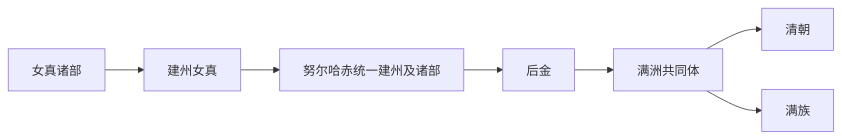
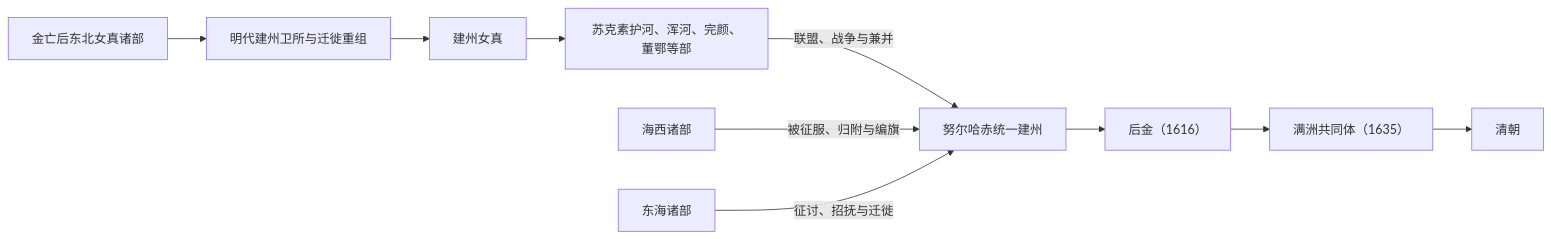
Before and after one commit to tianlan-dev/learning-notes: the diagram in 人文科学/历史/东亚/中国/_民族/通古斯语族与肃慎/女真诸部/建州女真.md, drawn with Mermaid. The commit also changed other lines of this file and 180 other files, not shown here.

````diff
--- a/人文科学/历史/东亚/中国/_民族/通古斯语族与肃慎/女真诸部/建州女真.md
+++ b/人文科学/历史/东亚/中国/_民族/通古斯语族与肃慎/女真诸部/建州女真.md
@@ -34,9 +17,12 @@
 ```mermaid
 flowchart LR
-  Jurchen["女真诸部"] --> Jianzhou["建州女真"]
-  Jianzhou --> Nurhaci["努尔哈赤统一建州及诸部"]
-  Nurhaci --> LaterJin["后金"]
-  LaterJin --> Manzhou["满洲共同体"]
+  Jurchen["金亡后东北女真诸部"] --> MingGuards["明代建州卫所与迁徙重组"]
+  MingGuards --> Jianzhou["建州女真"]
+  Jianzhou --> Internal["苏克素护河、浑河、完颜、董鄂等部"]
+  Internal -->|"联盟、战争与兼并"| Nurhaci["努尔哈赤统一建州"]
+  Haixi["海西诸部"] -->|"被征服、归附与编旗"| Nurhaci
+  Donghai["东海诸部"] -->|"征讨、招抚与迁徙"| Nurhaci
+  Nurhaci --> LaterJin["后金（1616）"]
+  LaterJin --> Manzhou["满洲共同体（1635）"]
   Manzhou --> Qing["清朝"]
-  Manzhou --> Manchu["满族"]
 ```
````
